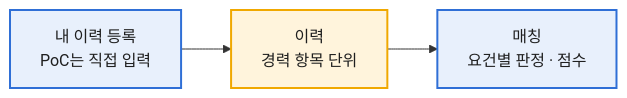
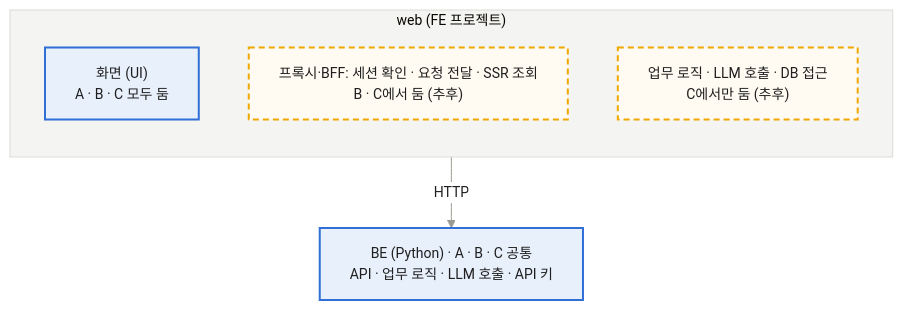
One commit to seung-gu/job-matching-agent changed the third of 6 diagrams in docs/meetings/2026-10-20/_test.md. Above: the diagram before and after it, drawn with Mermaid. The commit also changed other lines of this file, not shown here.

Commit message:
Temporary mermaid rendering test 2 (to be removed)

````diff
--- a/docs/meetings/2026-10-20/_test.md
+++ b/docs/meetings/2026-10-20/_test.md
@@ -17,8 +53,20 @@
 ```mermaid
-flowchart LR
-  REG["내 이력 등록<br/>PoC는 직접 입력"]:::done --> RES["이력<br/>경력 항목 단위"]:::todo --> MATCH["매칭<br/>요건별 판정 · 점수"]:::done
+%%{init: {"theme": "base", "themeVariables": {"fontSize": "14px", "lineColor": "#9a9a92", "clusterBkg": "#f4f4f2", "clusterBorder": "#dcdcd6", "edgeLabelBackground": "#ffffff", "primaryTextColor": "#1f1f1f"}, "flowchart": {"wrappingWidth": 400}}}%%
+flowchart TB
+  subgraph WEB["web (FE 프로젝트)"]
+    direction TB
+    UI["화면 (UI)<br/>A · B · C 모두 둠"]:::done
+    BFF["프록시·BFF: 세션 확인 · 요청 전달 · SSR 조회<br/>B · C에서 둠 (추후)"]:::later
+    BIZ["업무 로직 · LLM 호출 · DB 접근<br/>C에서만 둠 (추후)"]:::later
+  end
+  BE["BE (Python) · A · B · C 공통<br/>API · 업무 로직 · LLM 호출 · API 키"]:::done
+  WEB -->|HTTP| BE
 
 classDef done fill:#e8f0fc,stroke:#2f6fd6,stroke-width:2px,color:#1f1f1f
 classDef todo fill:#fff4dc,stroke:#f0a800,stroke-width:2px,color:#1f1f1f
+classDef later fill:#fffbf2,stroke:#f0a800,stroke-width:2px,stroke-dasharray:6 4,color:#1f1f1f
+classDef ext fill:#ffffff,stroke:#b5b5ad,color:#1f1f1f
+classDef code fill:#ececea,stroke:#d6d6d2,color:#1f1f1f
+classDef fake fill:#ffffff,stroke:#b5b5ad,stroke-dasharray:5 4,color:#1f1f1f
 classDef note fill:none,stroke:none,color:#555555
 ```
````
